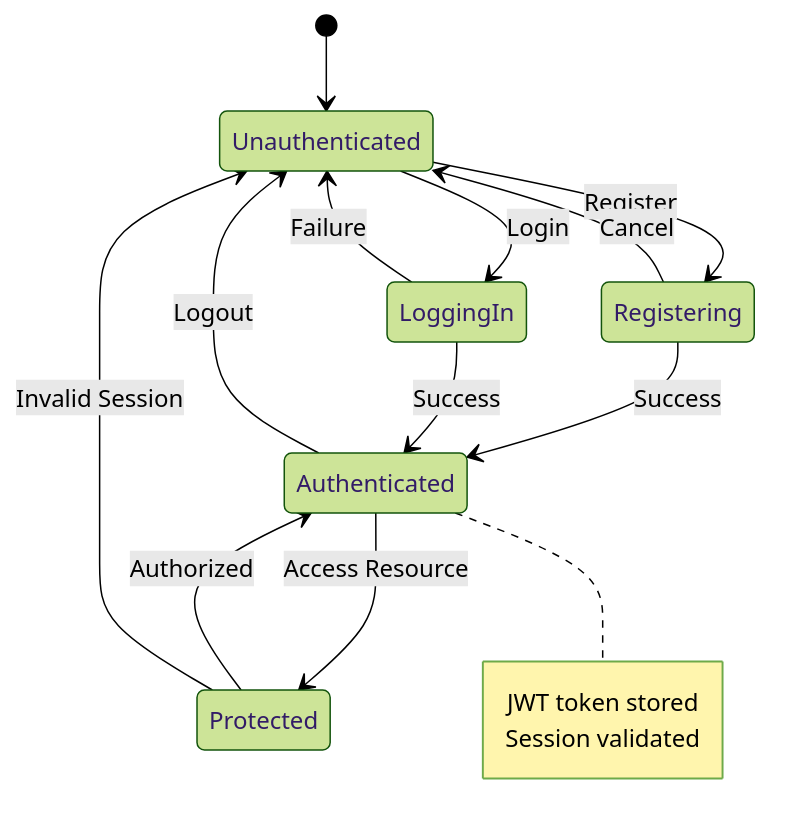
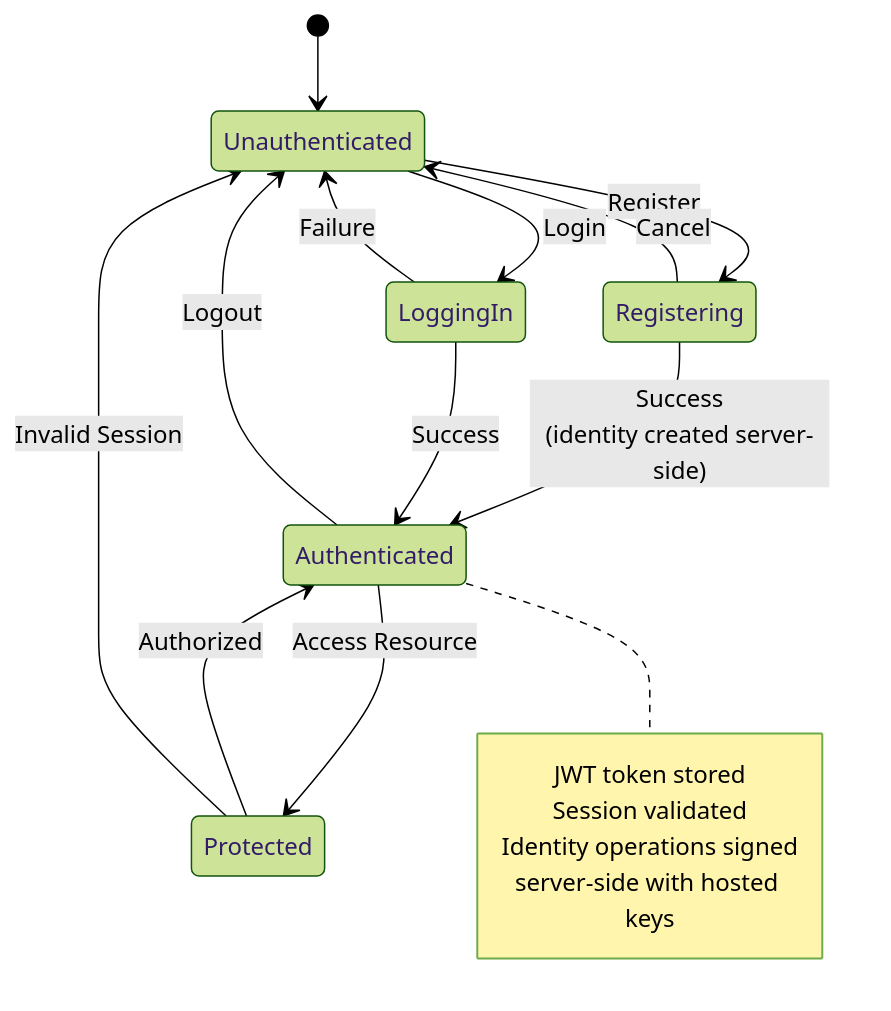
The tenth of 19 diagrams in Architecture.md (syr-is/syr), drawn with Mermaid (forest theme) before and after one commit. The commit also changed other lines of this file and 491 other files, not shown here.

````diff
--- a/Architecture.md
+++ b/Architecture.md
@@ -393,23 +413,25 @@
 ```mermaid
 stateDiagram-v2
     [*] --> Unauthenticated
 
     Unauthenticated --> Registering: Register
     Registering --> Unauthenticated: Cancel
-    Registering --> Authenticated: Success
+    Registering --> Authenticated: Success<br/>(identity created server-side)
 
     Unauthenticated --> LoggingIn: Login
     LoggingIn --> Unauthenticated: Failure
     LoggingIn --> Authenticated: Success
 
     Authenticated --> Protected: Access Resource
     Protected --> Authenticated: Authorized
     Protected --> Unauthenticated: Invalid Session
 
     Authenticated --> Unauthenticated: Logout
 
     note right of Authenticated
         JWT token stored
         Session validated
+        Identity operations signed
+        server-side with hosted keys
     end note
 ```
````
